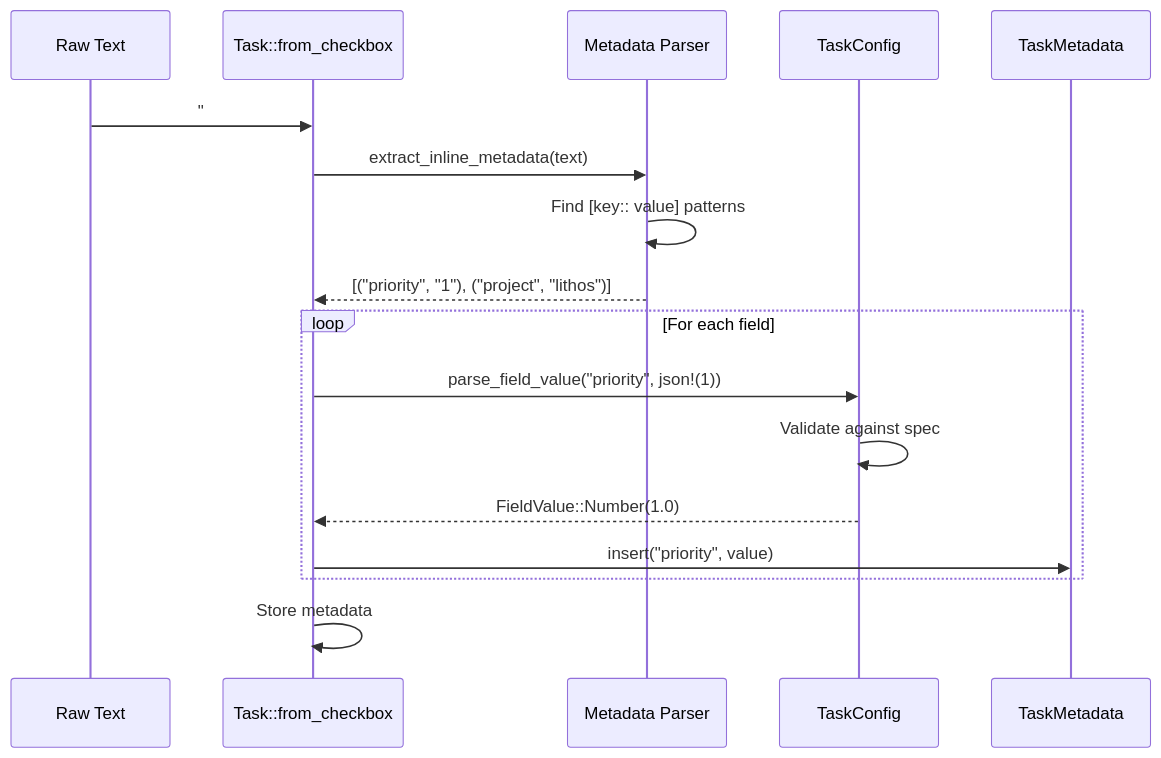
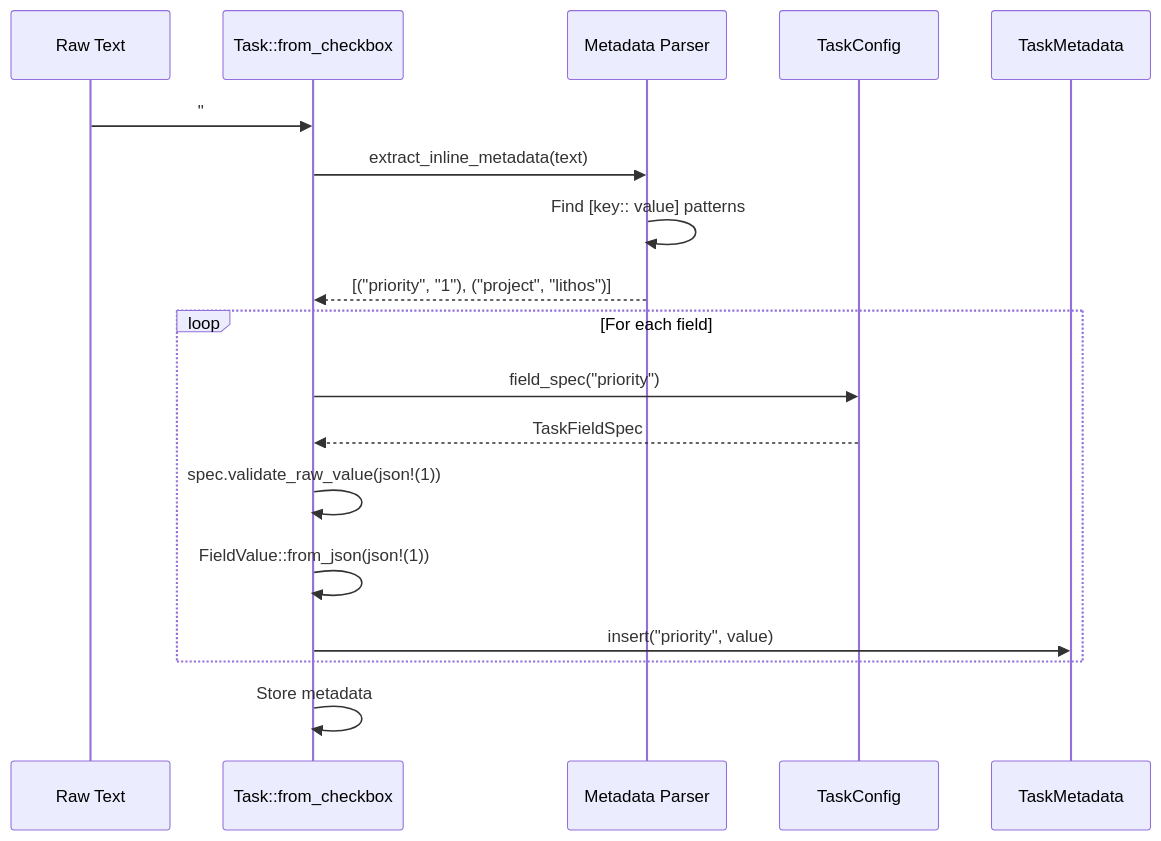
One commit to JackMatanky/lithos changed the third of 3 diagrams in docs/design/007-note-list-task.md. Above: the diagram before and after it, drawn with Mermaid. The commit also changed other lines of this file and 3 other files, not shown here.

````diff
--- a/docs/design/007-note-list-task.md
+++ b/docs/design/007-note-list-task.md
@@ -744,22 +758,23 @@
 ```mermaid
 sequenceDiagram
     participant Text as Raw Text
     participant Task as Task::from_checkbox
     participant Parser as Metadata Parser
     participant Config as TaskConfig
     participant Meta as TaskMetadata
 
     Text->>Task: "#task Work [priority:: 1] [project:: lithos]"
     Task->>Parser: extract_inline_metadata(text)
     Parser->>Parser: Find [key:: value] patterns
     Parser-->>Task: [("priority", "1"), ("project", "lithos")]
 
     loop For each field
-        Task->>Config: parse_field_value("priority", json!(1))
-        Config->>Config: Validate against spec
-        Config-->>Task: FieldValue::Number(1.0)
+        Task->>Config: field_spec("priority")
+        Config-->>Task: TaskFieldSpec
+        Task->>Task: spec.validate_raw_value(json!(1))
+        Task->>Task: FieldValue::from_json(json!(1))
         Task->>Meta: insert("priority", value)
     end
 
     Task->>Task: Store metadata
 ```
````
